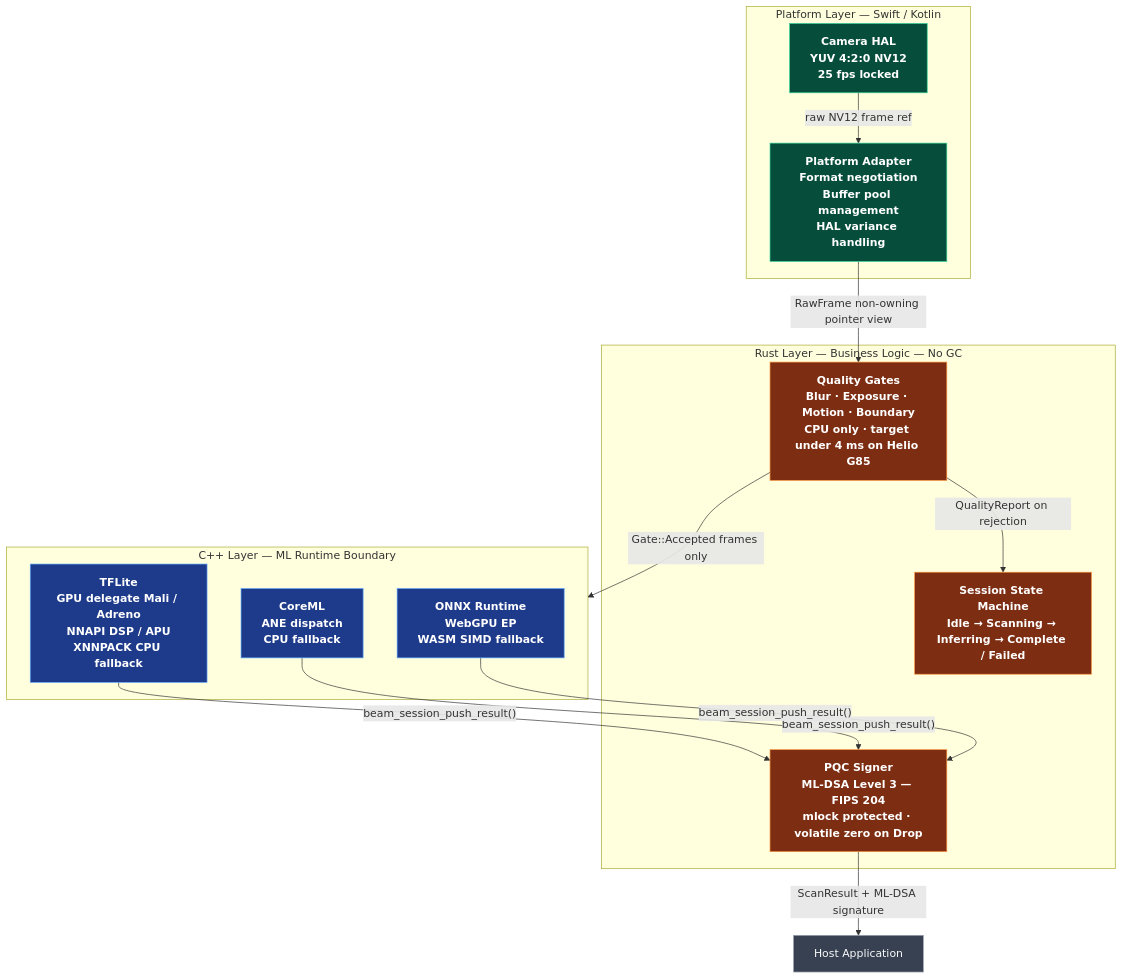
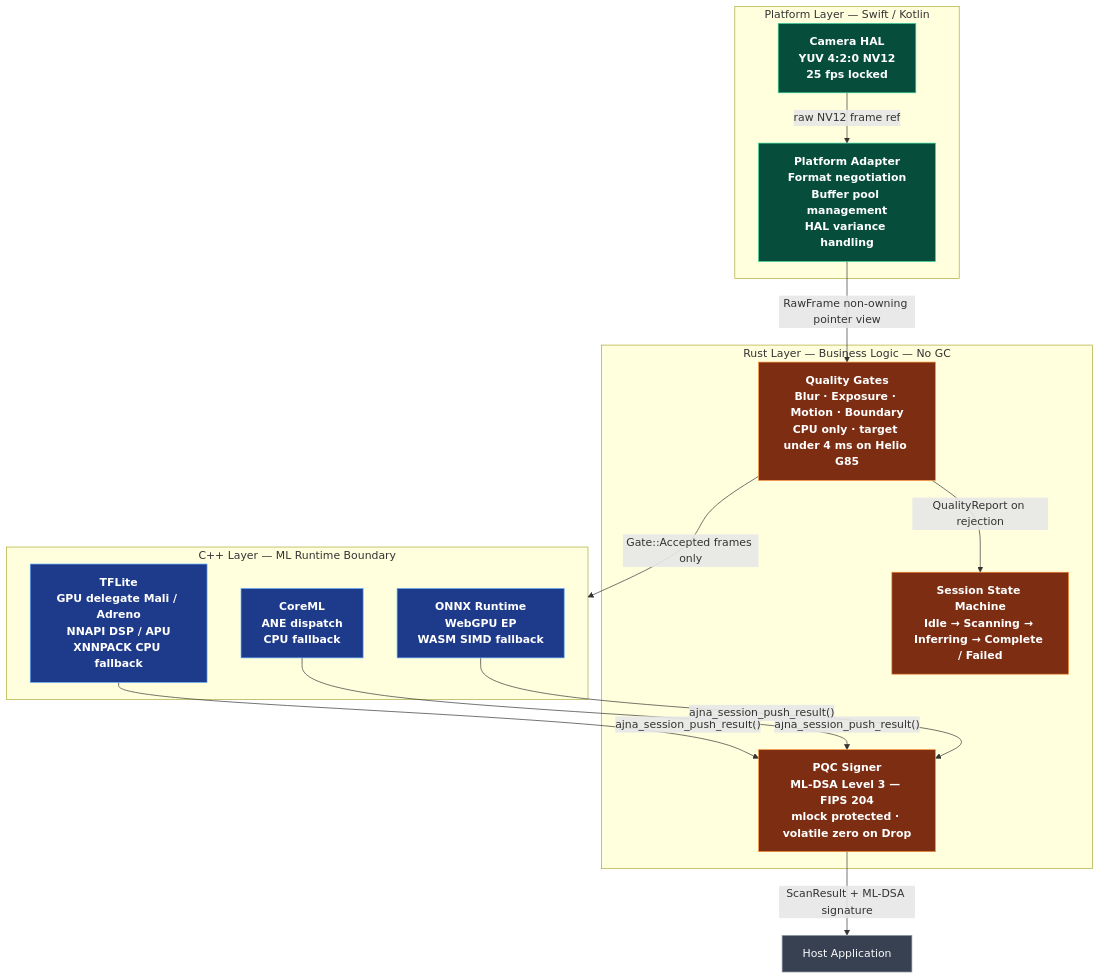
One commit to NeoOne601/beam-sdk changed the first of 11 diagrams in SURT_README.md. Above: the diagram before and after it, drawn with Mermaid. The commit also changed other lines of this file and 146 other files, not shown here.

First line of the commit message:
refactor: rebrand Beam to Ajna across workspace, FFI, platform bridges, and docs

````diff
--- a/SURT_README.md
+++ b/SURT_README.md
@@ -40,38 +40,38 @@
 ```mermaid
 flowchart TD
     subgraph PL["Platform Layer — Swift / Kotlin"]
         CAM["Camera HAL\nYUV 4:2:0 NV12\n25 fps locked"]
         ADP["Platform Adapter\nFormat negotiation\nBuffer pool management\nHAL variance handling"]
     end
 
     subgraph RL["Rust Layer — Business Logic — No GC"]
         GATES["Quality Gates\nBlur · Exposure · Motion · Boundary\nCPU only · target under 4 ms on Helio G85"]
         SESSION["Session State Machine\nIdle → Scanning → Inferring → Complete / Failed"]
         PQC["PQC Signer\nML-DSA Level 3 — FIPS 204\nmlock protected · volatile zero on Drop"]
     end
 
     subgraph CL["C++ Layer — ML Runtime Boundary"]
         TFLITE["TFLite\nGPU delegate Mali / Adreno\nNNAPI DSP / APU\nXNNPACK CPU fallback"]
         COREML["CoreML\nANE dispatch\nCPU fallback"]
         ONNXRT["ONNX Runtime\nWebGPU EP\nWASM SIMD fallback"]
     end
 
     CAM -->|"raw NV12 frame ref"| ADP
     ADP -->|"RawFrame non-owning pointer view"| GATES
     GATES -->|"Gate::Accepted frames only"| CL
     GATES -->|"QualityReport on rejection"| SESSION
-    TFLITE -->|"beam_session_push_result()"| PQC
-    COREML -->|"beam_session_push_result()"| PQC
-    ONNXRT -->|"beam_session_push_result()"| PQC
+    TFLITE -->|"ajna_session_push_result()"| PQC
+    COREML -->|"ajna_session_push_result()"| PQC
+    ONNXRT -->|"ajna_session_push_result()"| PQC
     PQC -->|"ScanResult + ML-DSA signature"| HOST["Host Application"]
 
     classDef rust fill:#7c2d12,stroke:#fb923c,color:#fff,font-weight:bold
     classDef cpp fill:#1e3a8a,stroke:#60a5fa,color:#fff,font-weight:bold
     classDef platform fill:#064e3b,stroke:#34d399,color:#fff,font-weight:bold
     classDef host fill:#374151,stroke:#9ca3af,color:#f9fafb
 
     class GATES,SESSION,PQC rust
     class TFLITE,COREML,ONNXRT cpp
     class CAM,ADP platform
     class HOST host
 ```
````
